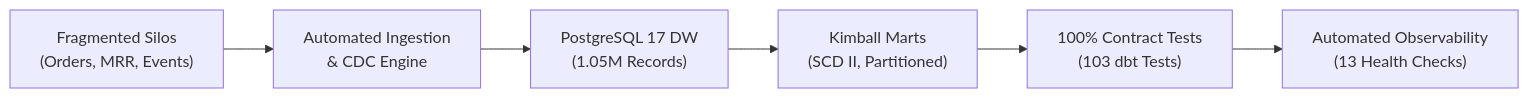
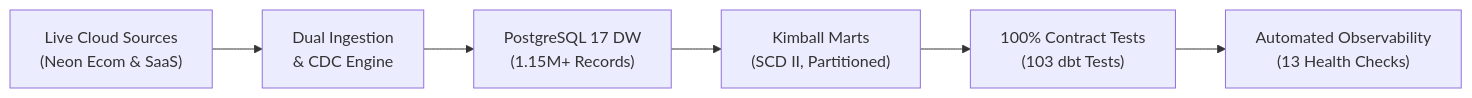
The diagram in findings/00_executive_summary.md (sidharthmenon626-lab/end-to-end-data-pipeline), drawn with Mermaid before and after one commit. The commit also changed other lines of this file and 4 other files, not shown here.

Commit message:
docs: synchronize executive summary, ingestion, transformation, defense guide, and connection specs with live Neon cloud data

````diff
--- a/findings/00_executive_summary.md
+++ b/findings/00_executive_summary.md
@@ -16,8 +16,8 @@
 ```mermaid
 flowchart LR
-    A["Fragmented Silos<br/>(Orders, MRR, Events)"] --> B["Automated Ingestion<br/>& CDC Engine"]
-    B --> C["PostgreSQL 17 DW<br/>(1.05M Records)"]
+    A["Live Cloud Sources<br/>(Neon Ecom & SaaS)"] --> B["Dual Ingestion<br/>& CDC Engine"]
+    B --> C["PostgreSQL 17 DW<br/>(1.15M+ Records)"]
     C --> D["Kimball Marts<br/>(SCD II, Partitioned)"]
     D --> E["100% Contract Tests<br/>(103 dbt Tests)"]
     E --> F["Automated Observability<br/>(13 Health Checks)"]
 ```
````
